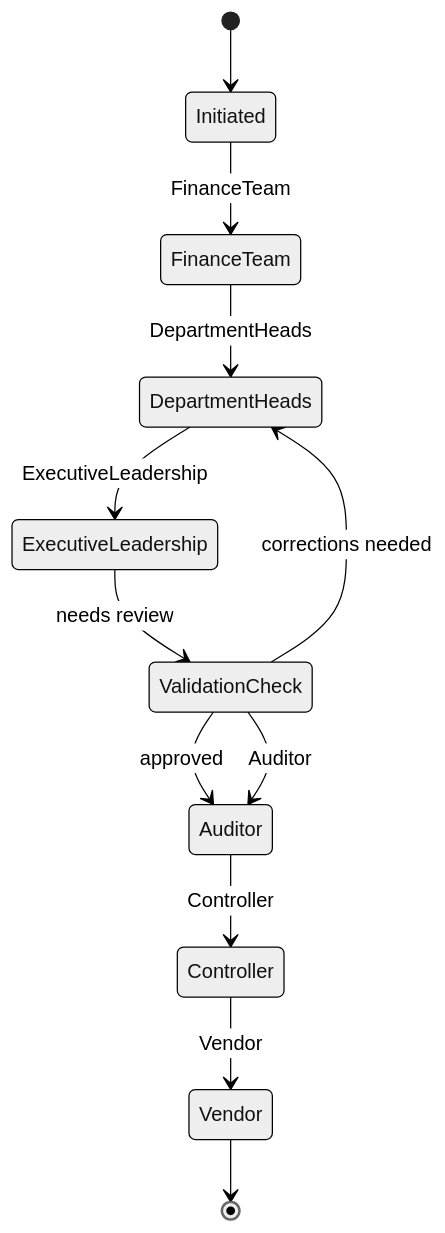
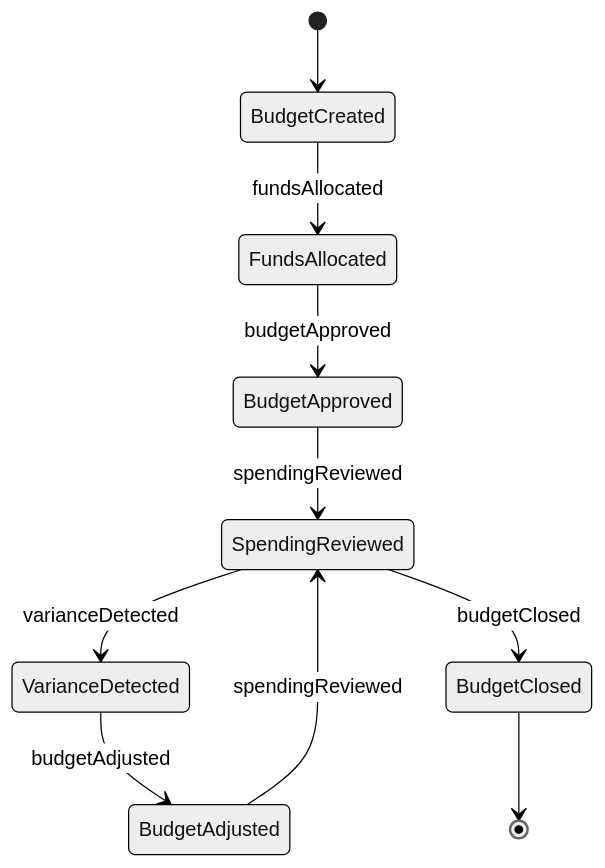
Before and after one commit to dot-org-ai/tasks.org.ai: the second of 4 diagrams in GuidingDirectingAndMotivatingSubordinates/ManageBudgetsOrFinances/ManageOrganizationalProjectBudgets.mdx, drawn with Mermaid (neutral theme). The commit also changed other lines of this file and 515 other files, not shown here.

````diff
--- a/GuidingDirectingAndMotivatingSubordinates/ManageBudgetsOrFinances/ManageOrganizationalProjectBudgets.mdx
+++ b/GuidingDirectingAndMotivatingSubordinates/ManageBudgetsOrFinances/ManageOrganizationalProjectBudgets.mdx
@@ -102,14 +101,12 @@
 ```mermaid
 stateDiagram-v2
-    [*] --> Initiated
-    Initiated --> FinanceTeam: FinanceTeam
-    FinanceTeam --> DepartmentHeads: DepartmentHeads
-    DepartmentHeads --> ExecutiveLeadership: ExecutiveLeadership
-    ExecutiveLeadership --> ValidationCheck: needs review
-    ValidationCheck --> DepartmentHeads: corrections needed
-    ValidationCheck --> Auditor: approved
-    ValidationCheck --> Auditor: Auditor
-    Auditor --> Controller: Controller
-    Controller --> Vendor: Vendor
-    Vendor --> [*]
+    [*] --> BudgetCreated
+    BudgetCreated --> FundsAllocated : fundsAllocated
+    FundsAllocated --> BudgetApproved : budgetApproved
+    BudgetApproved --> SpendingReviewed : spendingReviewed
+    SpendingReviewed --> VarianceDetected : varianceDetected
+    VarianceDetected --> BudgetAdjusted : budgetAdjusted
+    BudgetAdjusted --> SpendingReviewed : spendingReviewed
+    SpendingReviewed --> BudgetClosed : budgetClosed
+    BudgetClosed --> [*]
 ```
````
